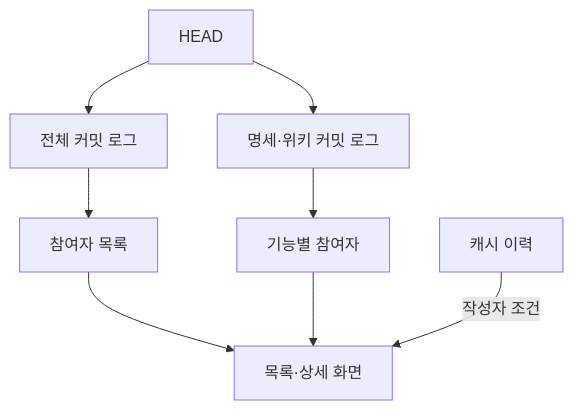
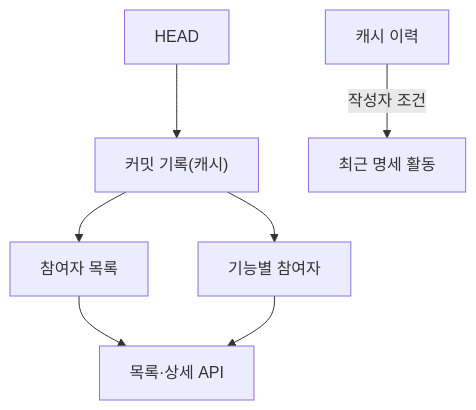
Before and after one commit to dev-goraebap/gitifact: the diagram in .gitifact/spec/contributors/design/overview.md, drawn with Mermaid. The commit also changed other lines of this file and 61 other files, not shown here.

````diff
--- a/.gitifact/spec/contributors/design/overview.md
+++ b/.gitifact/spec/contributors/design/overview.md
@@ -18,10 +18,9 @@
 ```mermaid
 flowchart TD
-  G["HEAD"] --> A["전체 커밋 로그"]
-  G --> S["명세·위키 커밋 로그"]
-  A --> P["참여자 목록"]
-  S --> F["기능별 참여자"]
-  P --> V["목록·상세 화면"]
+  G["HEAD"] --> L["커밋 기록(캐시)"]
+  L --> P["참여자 목록"]
+  L --> F["기능별 참여자"]
+  P --> V["목록·상세 API"]
   F --> V
-  C["캐시 이력"] -->|"작성자 조건"| V
+  C["캐시 이력"] -->|"작성자 조건"| H["최근 명세 활동"]
 ```
````
